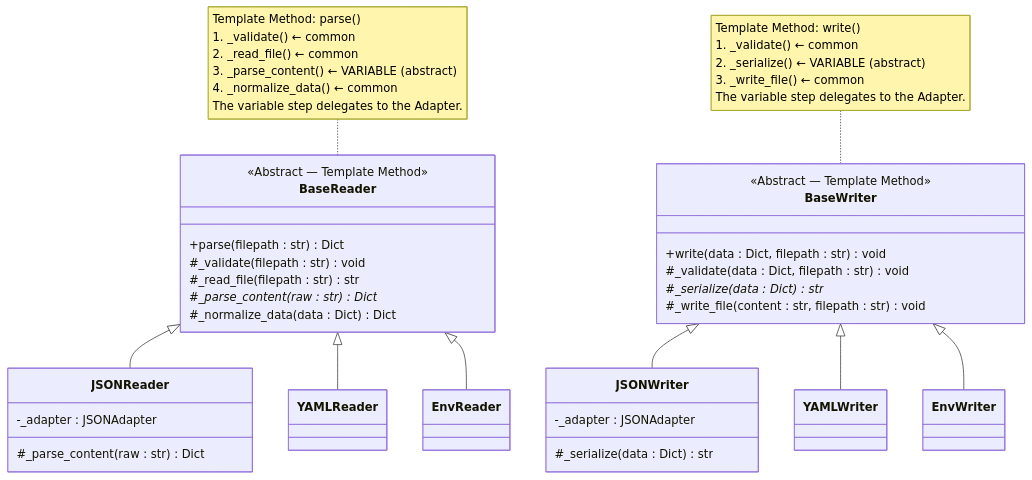
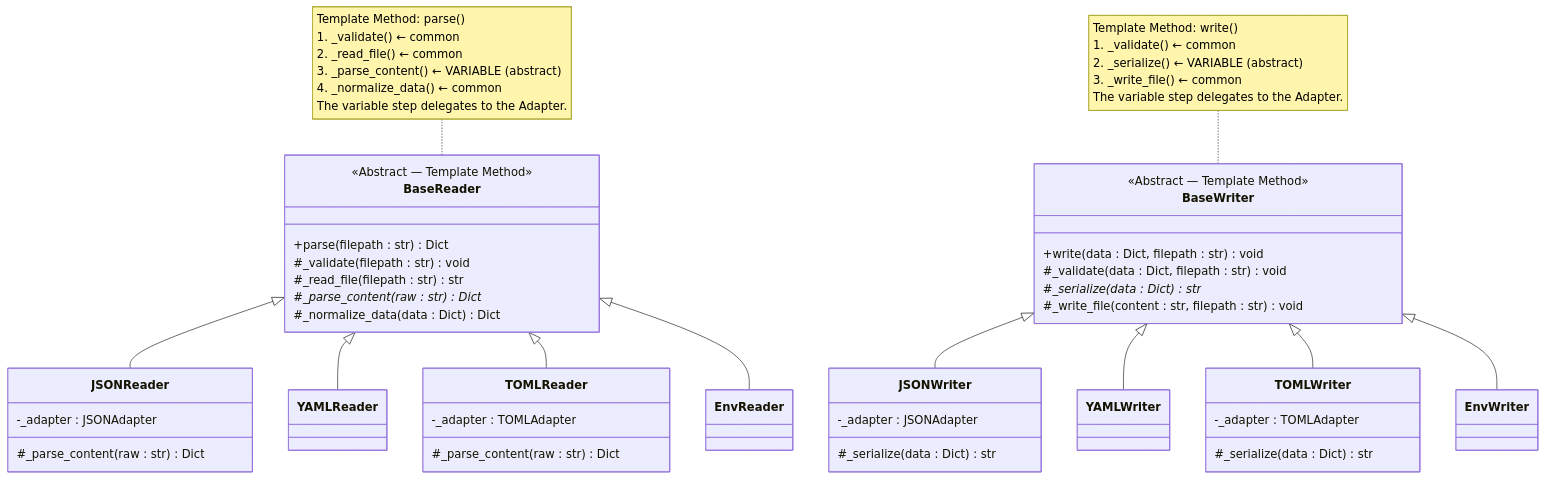
Before and after one commit to lucadileo9/proteus: the third of 7 diagrams in docs/architecture.md, drawn with Mermaid. The commit also changed other lines of this file and 5 other files, not shown here.

````diff
--- a/docs/architecture.md
+++ b/docs/architecture.md
@@ -107,49 +120,61 @@
 ```mermaid
 classDiagram
     class BaseReader {
         <<Abstract — Template Method>>
         +parse(filepath : str) Dict
         #_validate(filepath : str) void
         #_read_file(filepath : str) str
         #_parse_content(raw : str)* Dict
         #_normalize_data(data : Dict) Dict
     }
 
     class JSONReader {
         -_adapter : JSONAdapter
         #_parse_content(raw : str) Dict
     }
 
+    class TOMLReader {
+        -_adapter : TOMLAdapter
+        #_parse_content(raw : str) Dict
+    }
+
     class BaseWriter {
         <<Abstract — Template Method>>
         +write(data : Dict, filepath : str) void
         #_validate(data : Dict, filepath : str) void
         #_serialize(data : Dict)* str
         #_write_file(content : str, filepath : str) void
     }
 
     class JSONWriter {
         -_adapter : JSONAdapter
         #_serialize(data : Dict) str
     }
 
+    class TOMLWriter {
+        -_adapter : TOMLAdapter
+        #_serialize(data : Dict) str
+    }
+
     BaseReader <|-- JSONReader
     BaseReader <|-- YAMLReader
+    BaseReader <|-- TOMLReader
     BaseReader <|-- EnvReader
     BaseWriter <|-- JSONWriter
     BaseWriter <|-- YAMLWriter
+    BaseWriter <|-- TOMLWriter
     BaseWriter <|-- EnvWriter
 
     note for BaseReader "Template Method: parse()
     1. _validate()       ← common
     2. _read_file()      ← common
     3. _parse_content()  ← VARIABLE (abstract)
     4. _normalize_data() ← common
     The variable step delegates to the Adapter."
 
     note for BaseWriter "Template Method: write()
     1. _validate()   ← common
     2. _serialize()  ← VARIABLE (abstract)
     3. _write_file() ← common
     The variable step delegates to the Adapter."
 ```
````
